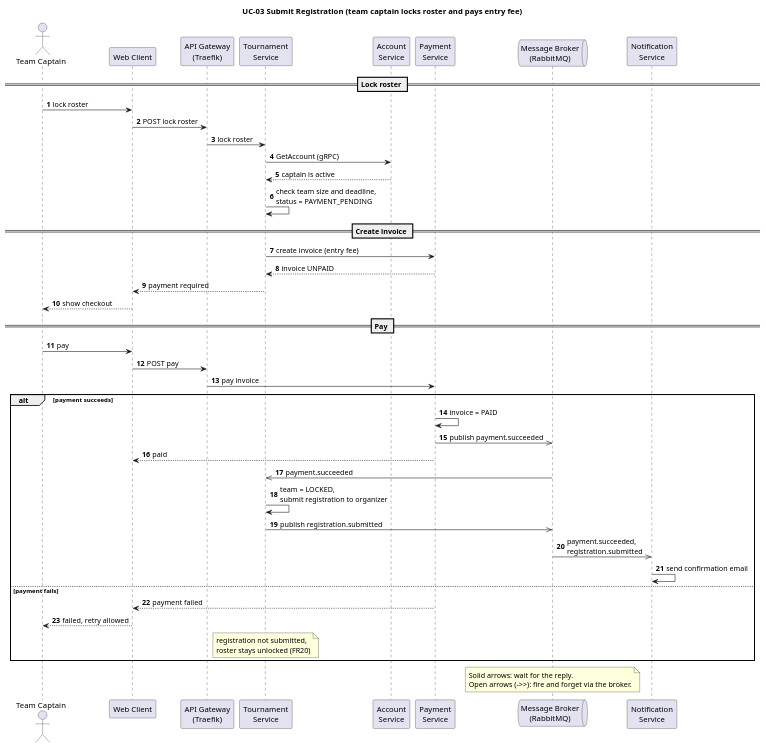
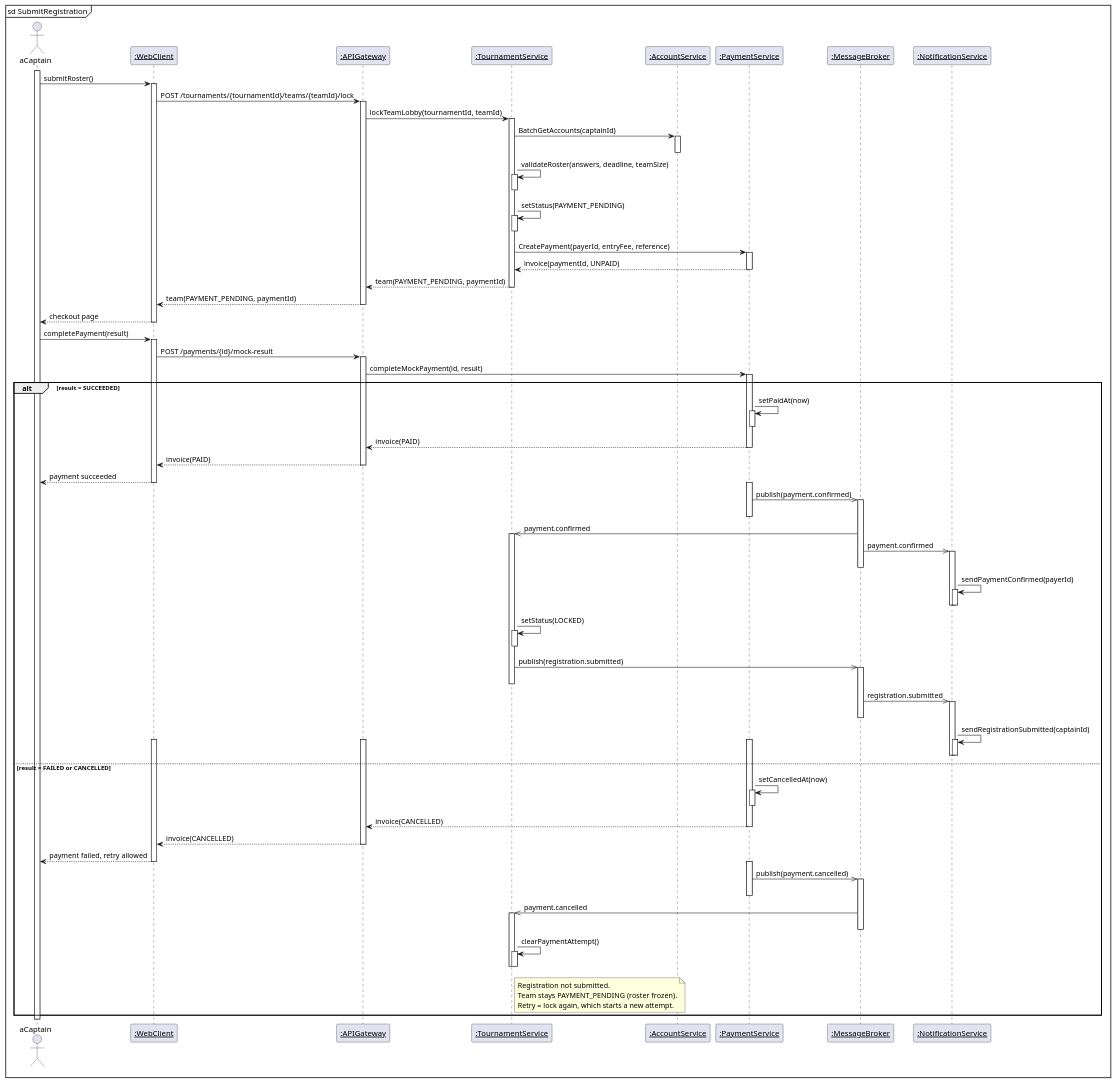
The diagram in docs/arch/sequence-diagram.puml (moomaideng/eventory), drawn with PlantUML before and after one commit. The commit also changed 4 other files, not shown here.

Commit message:
docs(arch/report): align sequence diagram, walkthrough, and FR20 with frozen-roster retry flow

```diff
--- a/docs/arch/sequence-diagram.puml
+++ b/docs/arch/sequence-diagram.puml
@@ -1,59 +1,84 @@
 @startuml
-title UC-03 Submit Registration (team captain locks roster and pays entry fee)
+mainframe sd SubmitRegistration
 
-autonumber
+actor "aCaptain" as captain
+participant "__:WebClient__" as client
+participant "__:APIGateway__" as gw
+participant "__:TournamentService__" as tournament
+participant "__:AccountService__" as account
+participant "__:PaymentService__" as payment
+participant "__:MessageBroker__" as mq
+participant "__:NotificationService__" as notif
 
-actor "Team Captain" as captain
-participant "Web Client" as client
-participant "API Gateway\n(Traefik)" as gw
-participant "Tournament\nService" as tournament
-participant "Account\nService" as account
-participant "Payment\nService" as payment
-queue "Message Broker\n(RabbitMQ)" as mq
-participant "Notification\nService" as notif
+' Lock roster and create invoice
+activate captain
+captain -> client ++ : submitRoster()
+client -> gw ++ : POST /tournaments/{tournamentId}/teams/{teamId}/lock
+gw -> tournament ++ : lockTeamLobby(tournamentId, teamId)
+tournament -> account ++ : BatchGetAccounts(captainId)
+deactivate account
+tournament -> tournament ++ : validateRoster(answers, deadline, teamSize)
+deactivate tournament
+tournament -> tournament ++ : setStatus(PAYMENT_PENDING)
+deactivate tournament
+tournament -> payment ++ : CreatePayment(payerId, entryFee, reference)
+payment --> tournament -- : invoice(paymentId, UNPAID)
+tournament --> gw -- : team(PAYMENT_PENDING, paymentId)
+gw --> client -- : team(PAYMENT_PENDING, paymentId)
+client --> captain -- : checkout page
 
-== Lock roster ==
+' Pay
+captain -> client ++ : completePayment(result)
+client -> gw ++ : POST /payments/{id}/mock-result
+gw -> payment ++ : completeMockPayment(id, result)
 
-captain -> client : lock roster
-client -> gw : POST lock roster
-gw -> tournament : lock roster
-tournament -> account : GetAccount (gRPC)
-account --> tournament : captain is active
-tournament -> tournament : check team size and deadline,\nstatus = PAYMENT_PENDING
-
-== Create invoice ==
-
-tournament -> payment : create invoice (entry fee)
-payment --> tournament : invoice UNPAID
-tournament --> client : payment required
-client --> captain : show checkout
-
-== Pay ==
-
-captain -> client : pay
-client -> gw : POST pay
-gw -> payment : pay invoice
-
-alt payment succeeds
-  payment -> payment : invoice = PAID
-  payment ->> mq : publish payment.succeeded
-  payment --> client : paid
-  mq ->> tournament : payment.succeeded
-  tournament -> tournament : team = LOCKED,\nsubmit registration to organizer
-  tournament ->> mq : publish registration.submitted
-  mq ->> notif : payment.succeeded,\nregistration.submitted
-  notif -> notif : send confirmation email
-else payment fails
-  payment --> client : payment failed
-  client --> captain : failed, retry allowed
-  note over tournament
-    registration not submitted,
-    roster stays unlocked (FR20)
+alt result = SUCCEEDED
+  payment -> payment ++ : setPaidAt(now)
+  deactivate payment
+  payment --> gw -- : invoice(PAID)
+  gw --> client -- : invoice(PAID)
+  client --> captain -- : payment succeeded
+  activate payment
+  payment ->> mq ++ : publish(payment.confirmed)
+  deactivate payment
+  mq ->> tournament ++ : payment.confirmed
+  mq ->> notif ++ : payment.confirmed
+  deactivate mq
+  notif -> notif ++ : sendPaymentConfirmed(payerId)
+  deactivate notif
+  deactivate notif
+  tournament -> tournament ++ : setStatus(LOCKED)
+  deactivate tournament
+  tournament ->> mq ++ : publish(registration.submitted)
+  deactivate tournament
+  mq ->> notif ++ : registration.submitted
+  deactivate mq
+  notif -> notif ++ : sendRegistrationSubmitted(captainId)
+  deactivate notif
+  deactivate notif
+else result = FAILED or CANCELLED
+  activate client
+  activate gw
+  activate payment
+  payment -> payment ++ : setCancelledAt(now)
+  deactivate payment
+  payment --> gw -- : invoice(CANCELLED)
+  gw --> client -- : invoice(CANCELLED)
+  client --> captain -- : payment failed, retry allowed
+  activate payment
+  payment ->> mq ++ : publish(payment.cancelled)
+  deactivate payment
+  mq ->> tournament ++ : payment.cancelled
+  deactivate mq
+  tournament -> tournament ++ : clearPaymentAttempt()
+  deactivate tournament
+  deactivate tournament
+  note right of tournament
+    Registration not submitted.
+    Team stays PAYMENT_PENDING (roster frozen).
+    Retry = lock again, which starts a new attempt.
   end note
 end
 
-note over mq
-  Solid arrows: wait for the reply.
-  Open arrows (->>): fire and forget via the broker.
-end note
+deactivate captain
 @enduml
```
